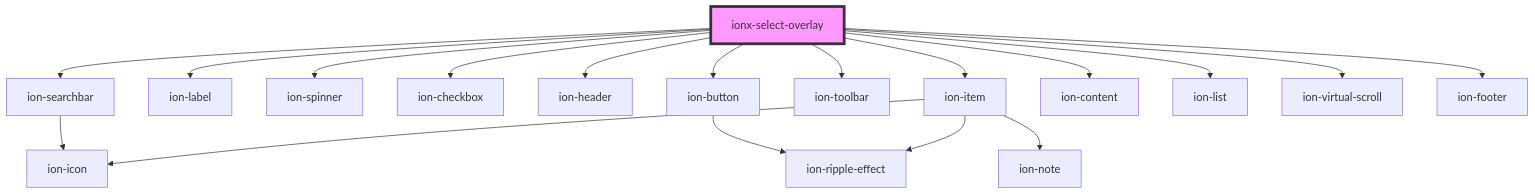
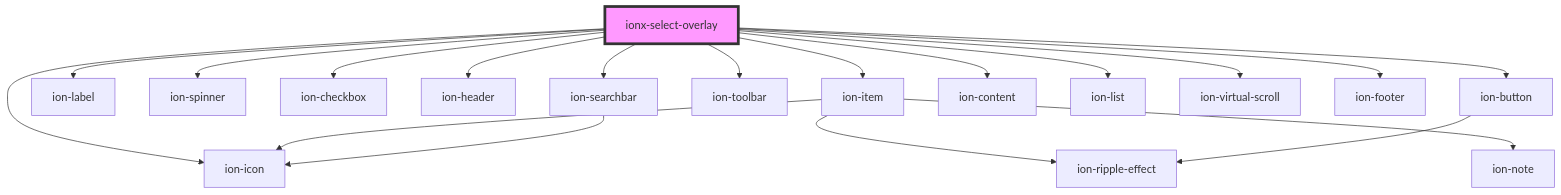
Before and after one commit to co-mmons/ionx: the diagram in modules/Select/src/readme.md, drawn with Mermaid. The commit also changed other lines of this file and 3 other files, not shown here.

````diff
--- a/modules/Select/src/readme.md
+++ b/modules/Select/src/readme.md
@@ -44,21 +45,22 @@
 ```mermaid
 graph TD;
   ionx-select-overlay --> ion-item
+  ionx-select-overlay --> ion-icon
   ionx-select-overlay --> ion-label
   ionx-select-overlay --> ion-spinner
   ionx-select-overlay --> ion-checkbox
   ionx-select-overlay --> ion-header
   ionx-select-overlay --> ion-button
   ionx-select-overlay --> ion-toolbar
   ionx-select-overlay --> ion-searchbar
   ionx-select-overlay --> ion-content
   ionx-select-overlay --> ion-list
   ionx-select-overlay --> ion-virtual-scroll
   ionx-select-overlay --> ion-footer
   ion-item --> ion-icon
   ion-item --> ion-ripple-effect
   ion-item --> ion-note
   ion-button --> ion-ripple-effect
   ion-searchbar --> ion-icon
   style ionx-select-overlay fill:#f9f,stroke:#333,stroke-width:4px
 ```
````
